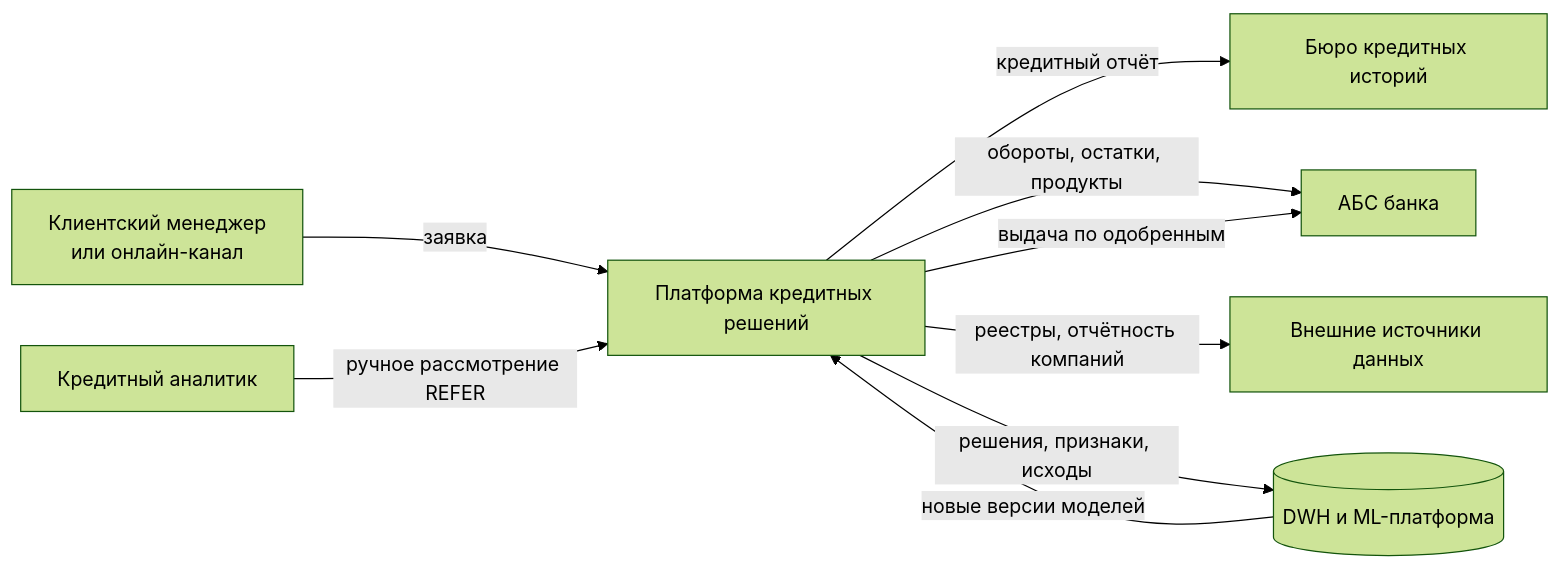
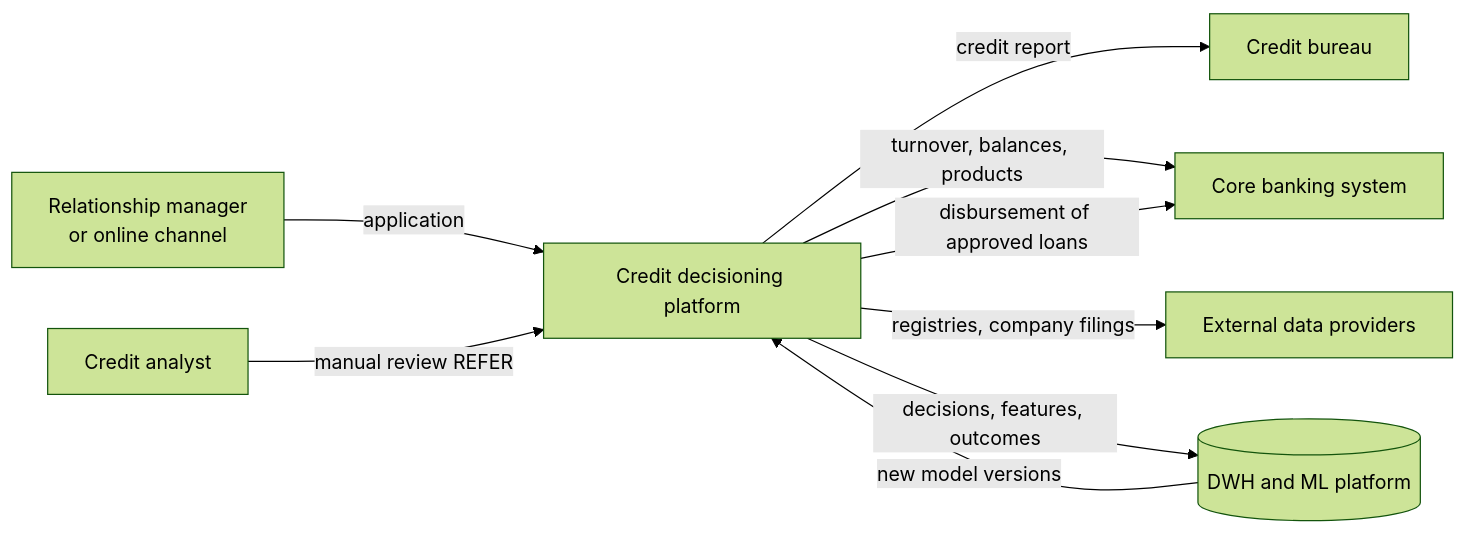
Before and after one commit to kuntsman-prog/credit-decision-engine: the first of 4 diagrams in ARCHITECTURE.md, drawn with Mermaid (forest theme). The commit also changed other lines of this file, not shown here.

````diff
--- a/ARCHITECTURE.md
+++ b/ARCHITECTURE.md
@@ -7,11 +9,11 @@
 ```mermaid
 flowchart LR
-    RM[Клиентский менеджер<br/>или онлайн-канал] -->|заявка| CDP[Платформа кредитных решений]
-    AN[Кредитный аналитик] -->|ручное рассмотрение REFER| CDP
-    CDP -->|кредитный отчёт| BKI[Бюро кредитных историй]
-    CDP -->|обороты, остатки, продукты| CBS[АБС банка]
-    CDP -->|реестры, отчётность компаний| EXT[Внешние источники данных]
-    CDP -->|решения, признаки, исходы| DWH[(DWH и ML-платформа)]
-    DWH -->|новые версии моделей| CDP
-    CDP -->|выдача по одобренным| CBS
+    RM[Relationship manager<br/>or online channel] -->|application| CDP[Credit decisioning platform]
+    AN[Credit analyst] -->|manual review REFER| CDP
+    CDP -->|credit report| BKI[Credit bureau]
+    CDP -->|turnover, balances, products| CBS[Core banking system]
+    CDP -->|registries, company filings| EXT[External data providers]
+    CDP -->|decisions, features, outcomes| DWH[(DWH and ML platform)]
+    DWH -->|new model versions| CDP
+    CDP -->|disbursement of approved loans| CBS
 ```
````
